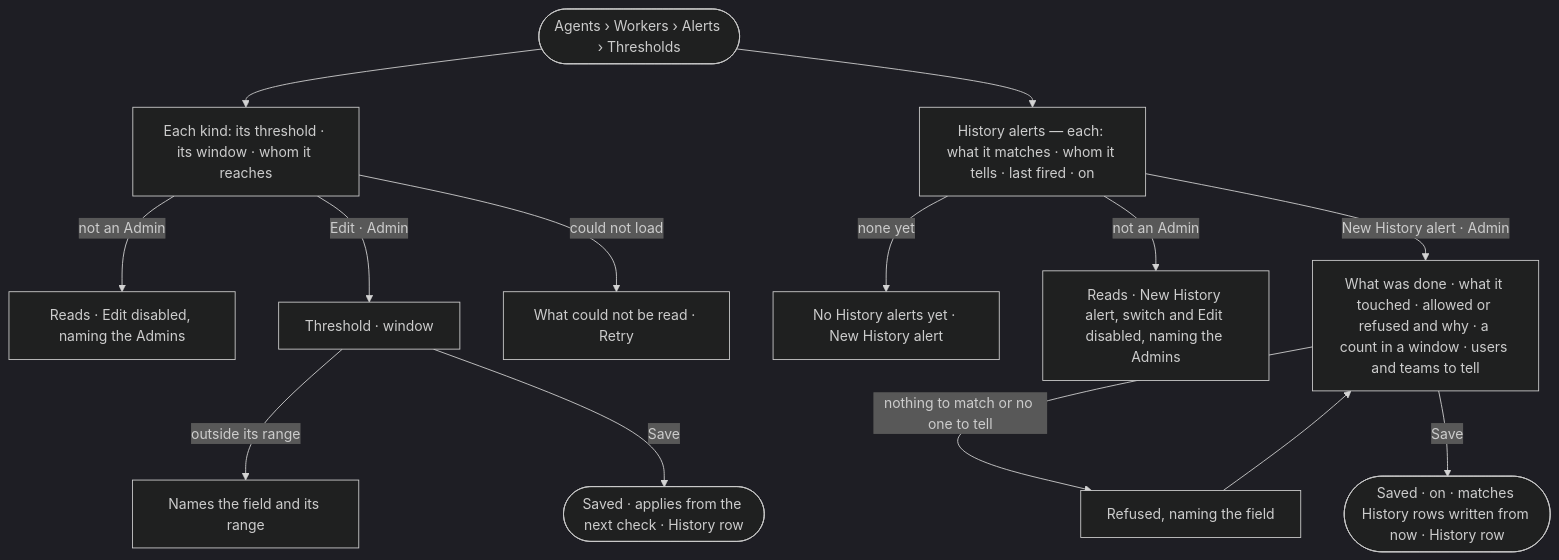
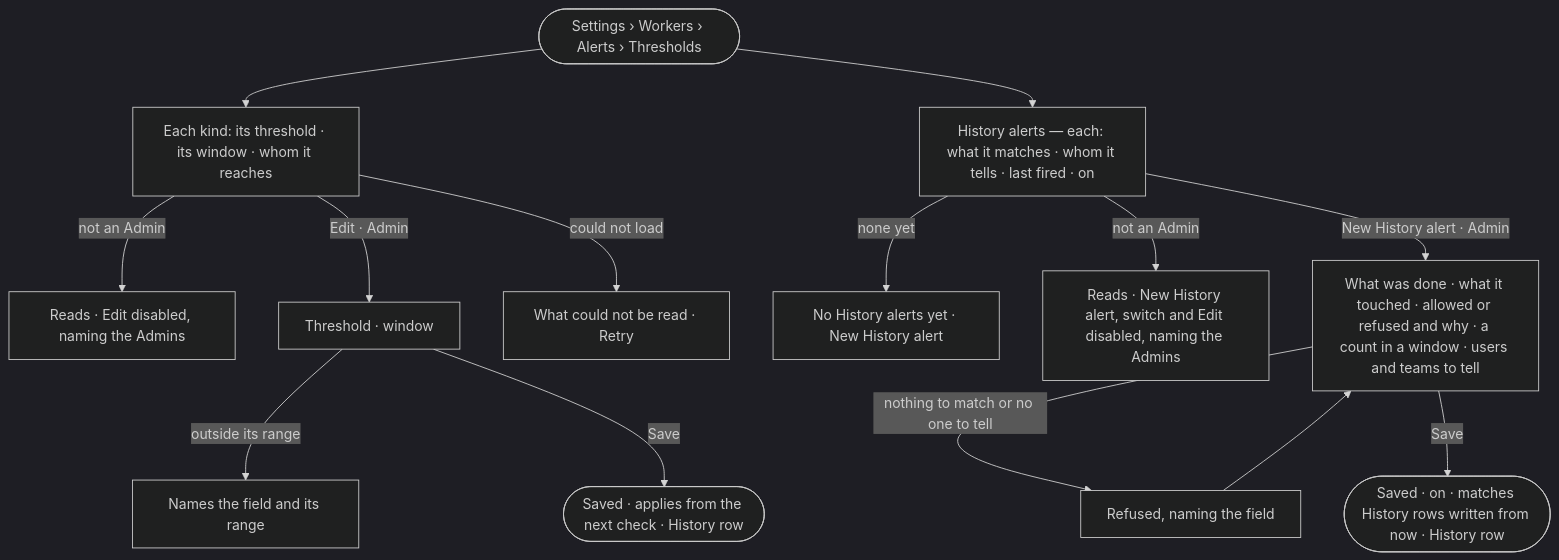
The diagram in specs/os/control/features/CP-F11-ops-alerting/stories/CP-60-tune-when-ops-alerts-fire/story.md (invana/invana), drawn with Mermaid (dark theme) before and after one commit. The commit also changed other lines of this file and 43 other files, not shown here.

First line of the commit message:
docs(specs): Agents mode keeps work; Plugins, Fleet, Workers move to Settings

````diff
--- a/specs/os/control/features/CP-F11-ops-alerting/stories/CP-60-tune-when-ops-alerts-fire/story.md
+++ b/specs/os/control/features/CP-F11-ops-alerting/stories/CP-60-tune-when-ops-alerts-fire/story.md
@@ -27,15 +27,15 @@
 ```mermaid
 flowchart TD
-  s([Agents › Workers › Alerts › Thresholds]) --> l["Each kind: its threshold · its window · whom it reaches"]
+  s([Settings › Workers › Alerts › Thresholds]) --> l["Each kind: its threshold · its window · whom it reaches"]
   l -->|not an Admin| ro["Reads · Edit disabled, naming the Admins"]
   l -->|Edit · Admin| e["Threshold · window"]
   e -->|outside its range| r["Names the field and its range"]
   e -->|Save| ok(["Saved · applies from the next check · History row"])
   l -->|could not load| f["What could not be read · Retry"]
   s --> h["History alerts — each: what it matches · whom it tells · last fired · on"]
   h -->|none yet| he["No History alerts yet · New History alert"]
   h -->|not an Admin| hro["Reads · New History alert, switch and Edit disabled, naming the Admins"]
   h -->|New History alert · Admin| hn["What was done · what it touched · allowed or refused and why · a count in a window · users and teams to tell"]
   hn -->|nothing to match or no one to tell| hx["Refused, naming the field"] --> hn
   hn -->|Save| hok(["Saved · on · matches History rows written from now · History row"])
 ```
````
